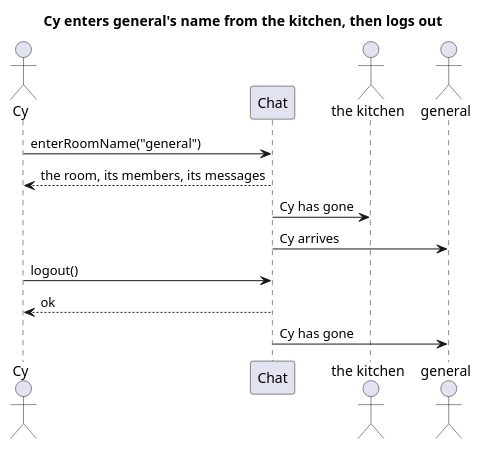
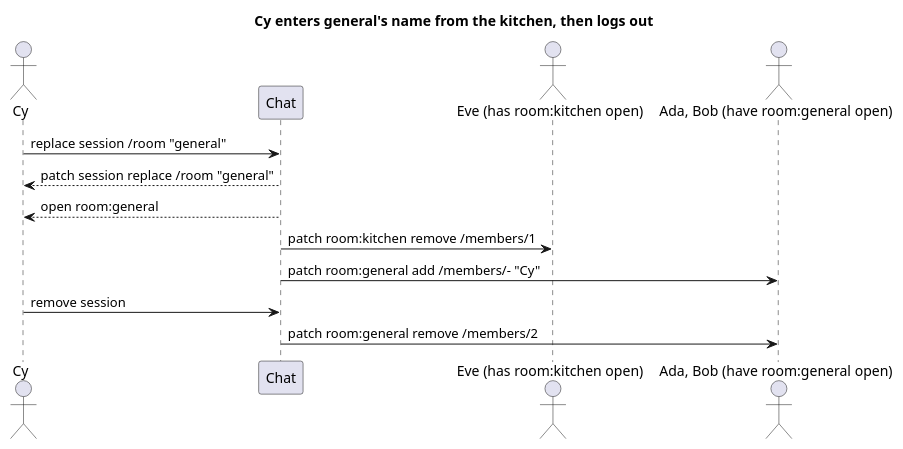
Before and after one commit to blueshed/dzql: the diagram in uml/src/move-and-log-out.puml, drawn with PlantUML. The commit also changed 7 other files, not shown here.

```diff
--- a/uml/src/move-and-log-out.puml
+++ b/uml/src/move-and-log-out.puml
@@ -1,15 +1,15 @@
 @startuml
 title Cy enters general's name from the kitchen, then logs out
 actor "Cy" as cy
 participant "Chat" as app
-actor "the kitchen" as kitchen
-actor "general" as general
+actor "Eve (has room:kitchen open)" as kitchen
+actor "Ada, Bob (have room:general open)" as general
 
-cy -> app : enterRoomName("general")
-app --> cy : the room, its members, its messages
-app -> kitchen : Cy has gone
-app -> general : Cy arrives
-cy -> app : logout()
-app --> cy : ok
-app -> general : Cy has gone
+cy -> app : replace session /room "general"
+app --> cy : patch session replace /room "general"
+app --> cy : open room:general
+app -> kitchen : patch room:kitchen remove /members/1
+app -> general : patch room:general add /members/- "Cy"
+cy -> app : remove session
+app -> general : patch room:general remove /members/2
 @enduml
```
